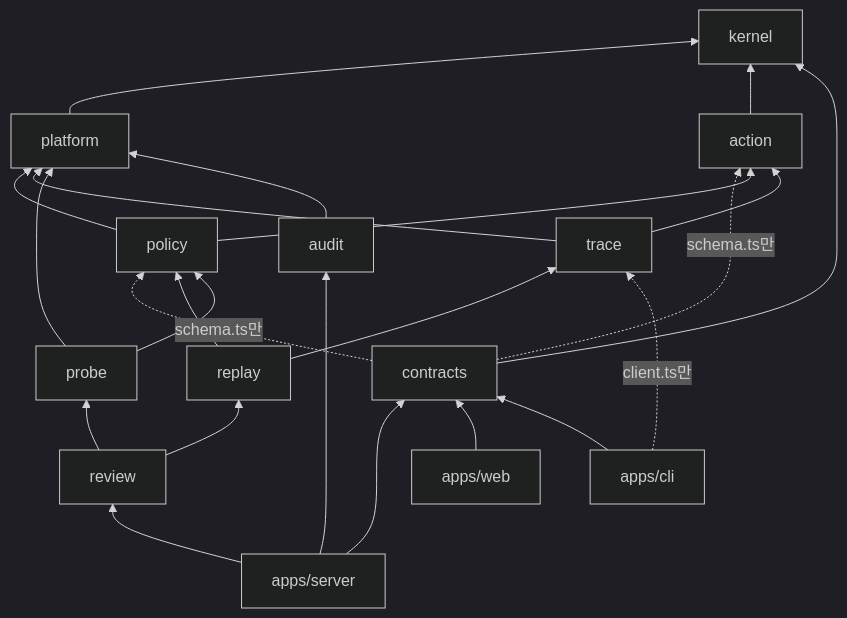
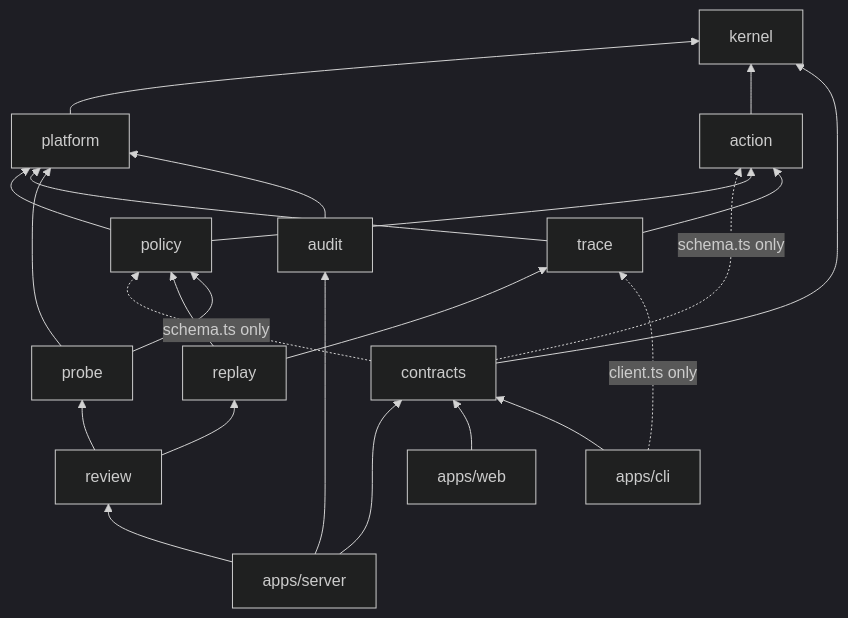
The sixth of 6 diagrams in docs/design.md (hsskey/authority-diff), drawn with Mermaid (dark theme) before and after one commit. The commit also changed other lines of this file and 35 other files, not shown here.

````diff
--- a/docs/design.md
+++ b/docs/design.md
@@ -1170,26 +1170,26 @@
 ```mermaid
 flowchart BT
     kernel
     platform --> kernel
     action --> kernel
     contracts --> kernel
-    contracts -.->|schema.ts만| action
-    contracts -.->|schema.ts만| policy
+    contracts -.->|schema.ts only| action
+    contracts -.->|schema.ts only| policy
     policy --> action
     policy --> platform
     trace --> action
     trace --> platform
     replay --> policy
     replay --> trace
     probe --> policy
     probe --> platform
     review --> replay
     review --> probe
     audit --> platform
     server["apps/server"] --> review
     server --> audit
     server --> contracts
     web["apps/web"] --> contracts
     cli["apps/cli"] --> contracts
-    cli -.->|client.ts만| trace
+    cli -.->|client.ts only| trace
 ```
````
